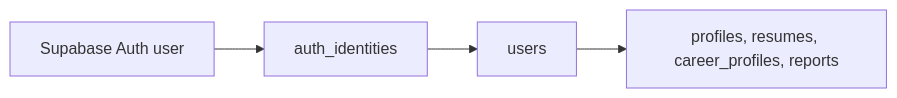
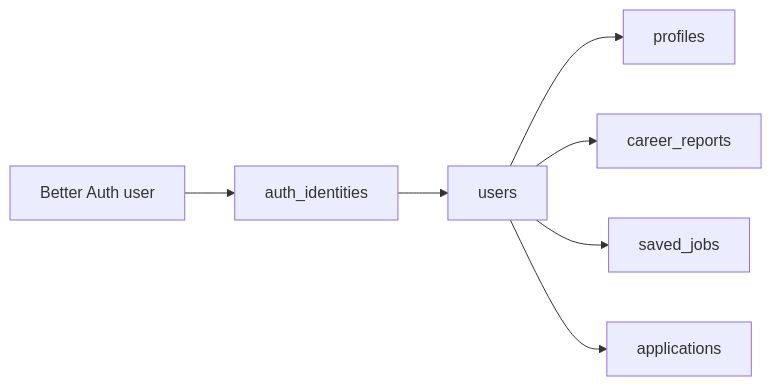
One commit to Mirzzie/Fadi changed the diagram in docs/LOCAL_DEVELOPMENT_DATABASE.md. Above: the diagram before and after it, drawn with Mermaid. The commit also changed other lines of this file and 65 other files, not shown here.

First line of the commit message:
docs: update architecture docs for Better Auth, Kai, and data sources

````diff
--- a/docs/LOCAL_DEVELOPMENT_DATABASE.md
+++ b/docs/LOCAL_DEVELOPMENT_DATABASE.md
@@ -296,6 +90,9 @@
 ```mermaid
 flowchart LR
-    SupabaseUser[Supabase Auth user] --> Identity[auth_identities]
-    Identity --> AppUser[users]
-    AppUser --> DomainRows[profiles, resumes, career_profiles, reports]
+  BAUser[Better Auth user] --> Identity[auth_identities]
+  Identity --> AppUser[users]
+  AppUser --> Profile[profiles]
+  AppUser --> Reports[career_reports]
+  AppUser --> SavedJobs[saved_jobs]
+  AppUser --> Applications[applications]
 ```
````
